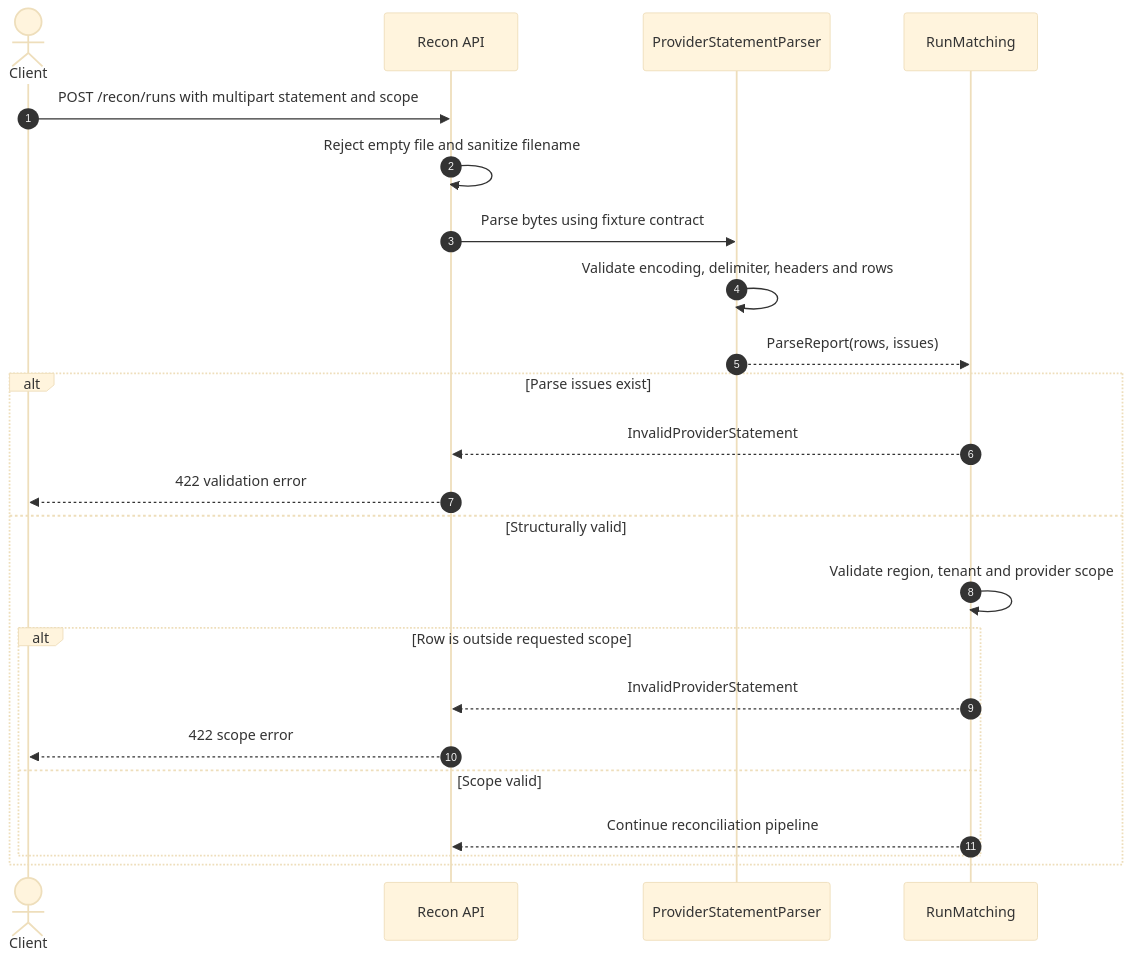
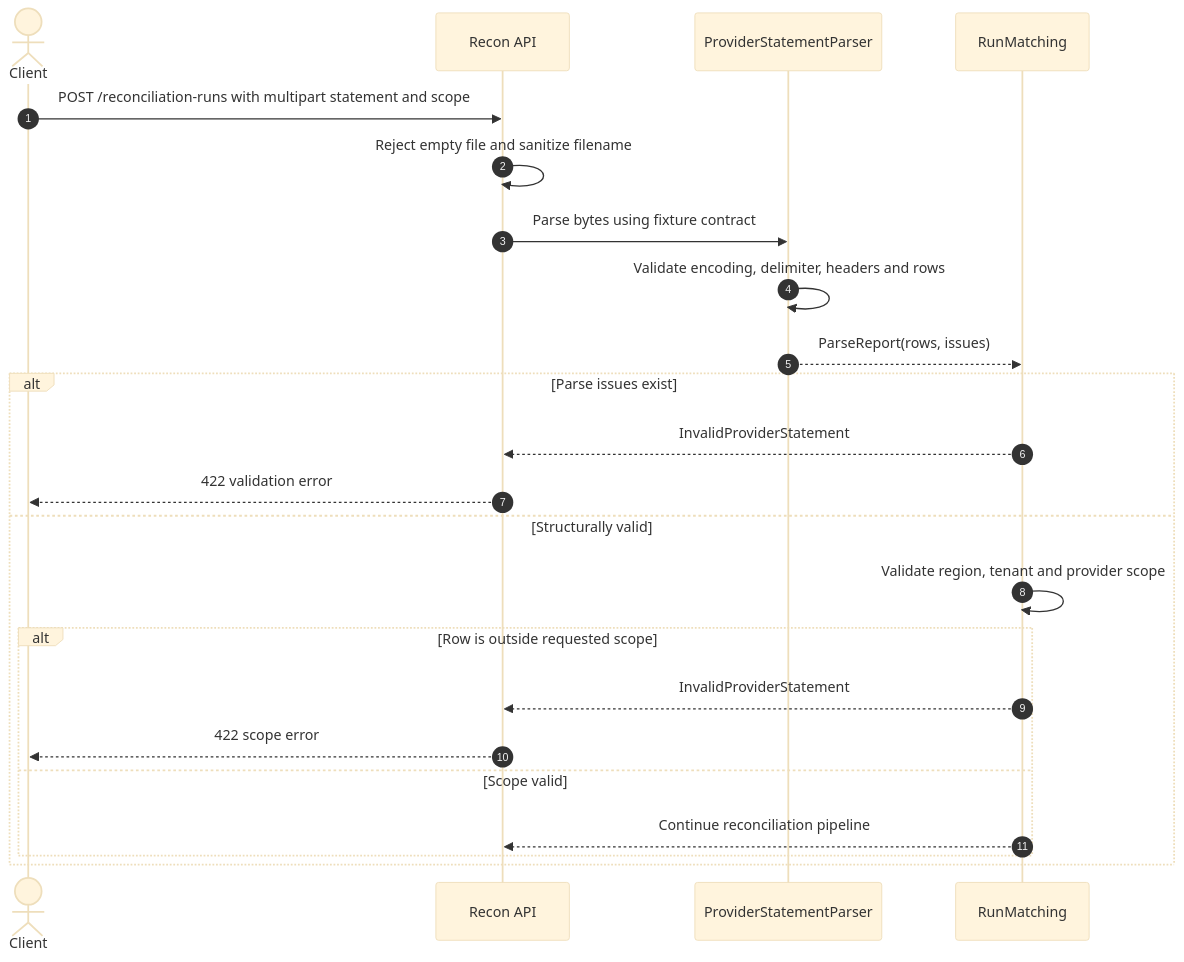
The diagram in docs/features/reconciliation/f01-provider-statement-upload-validation.md (huuthang-0809/PaymentHub), drawn with Mermaid (base theme) before and after one commit. The commit also changed other lines of this file and 12 other files, not shown here.

````diff
--- a/docs/features/reconciliation/f01-provider-statement-upload-validation.md
+++ b/docs/features/reconciliation/f01-provider-statement-upload-validation.md
@@ -35,26 +35,26 @@
 ```mermaid
 sequenceDiagram
     autonumber
     actor Client
     participant API as Recon API
     participant Parser as ProviderStatementParser
     participant UseCase as RunMatching
 
-    Client->>API: POST /recon/runs with multipart statement and scope
+    Client->>API: POST /reconciliation-runs with multipart statement and scope
     API->>API: Reject empty file and sanitize filename
     API->>Parser: Parse bytes using fixture contract
     Parser->>Parser: Validate encoding, delimiter, headers and rows
     Parser-->>UseCase: ParseReport(rows, issues)
     alt Parse issues exist
         UseCase-->>API: InvalidProviderStatement
         API-->>Client: 422 validation error
     else Structurally valid
         UseCase->>UseCase: Validate region, tenant and provider scope
         alt Row is outside requested scope
             UseCase-->>API: InvalidProviderStatement
             API-->>Client: 422 scope error
         else Scope valid
             UseCase-->>API: Continue reconciliation pipeline
         end
     end
 ```
````
